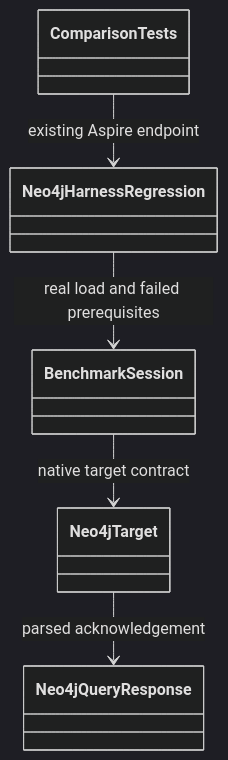
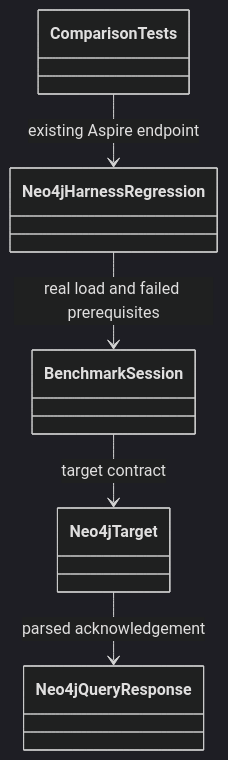
Before and after one commit to managedcode/KeyLoad: diagram 25 of 30 in docs/Architecture.md, drawn with Mermaid (dark theme). The commit also changed other lines of this file and 9016 other files, not shown here.

````diff
--- a/docs/Architecture.md
+++ b/docs/Architecture.md
@@ -730,12 +739,12 @@
 ```mermaid
 classDiagram
     class ComparisonTests
     class Neo4jHarnessRegression
     class BenchmarkSession
     class Neo4jTarget
     class Neo4jQueryResponse
     ComparisonTests --> Neo4jHarnessRegression : existing Aspire endpoint
     Neo4jHarnessRegression --> BenchmarkSession : real load and failed prerequisites
-    BenchmarkSession --> Neo4jTarget : native target contract
+    BenchmarkSession --> Neo4jTarget : target contract
     Neo4jTarget --> Neo4jQueryResponse : parsed acknowledgement
 ```
````
